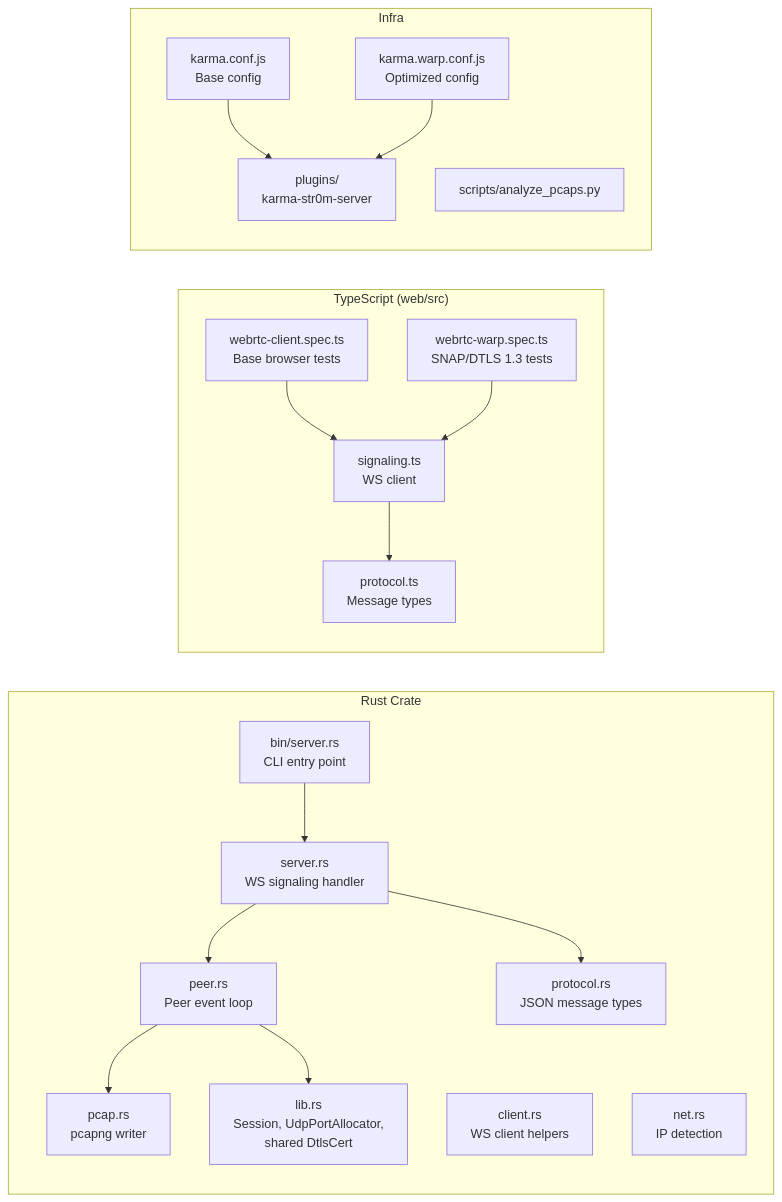
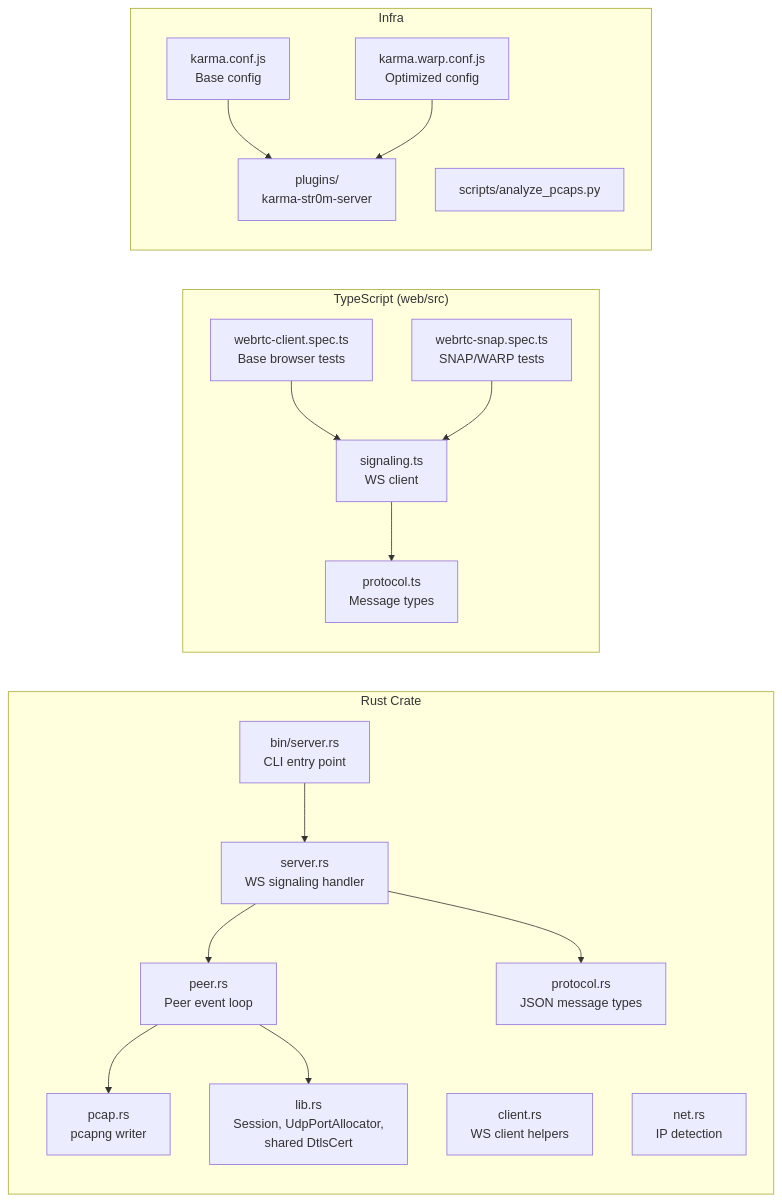
The second of 10 diagrams in README.md (xnorpx/str0m_browser_integration_tests), drawn with Mermaid before and after one commit. The commit also changed other lines of this file and 12 other files, not shown here.

````diff
--- a/README.md
+++ b/README.md
@@ -67,37 +68,37 @@
 ```mermaid
 graph LR
     subgraph "Rust Crate"
         bin_server["bin/server.rs<br/>CLI entry point"]
         server["server.rs<br/>WS signaling handler"]
         client["client.rs<br/>WS client helpers"]
         peer["peer.rs<br/>Peer event loop"]
         protocol["protocol.rs<br/>JSON message types"]
         pcap["pcap.rs<br/>pcapng writer"]
         net["net.rs<br/>IP detection"]
         lib["lib.rs<br/>Session, UdpPortAllocator,<br/>shared DtlsCert"]
     end
 
     subgraph "TypeScript (web/src)"
         spec_base["webrtc-client.spec.ts<br/>Base browser tests"]
-        spec_warp["webrtc-warp.spec.ts<br/>SNAP/DTLS 1.3 tests"]
+        spec_warp["webrtc-snap.spec.ts<br/>SNAP/WARP tests"]
         ts_proto["protocol.ts<br/>Message types"]
         ts_signal["signaling.ts<br/>WS client"]
     end
 
     subgraph "Infra"
         karma_base["karma.conf.js<br/>Base config"]
         karma_warp["karma.warp.conf.js<br/>Optimized config"]
         plugin["plugins/<br/>karma-str0m-server"]
         analyze["scripts/analyze_pcaps.py"]
     end
 
     bin_server --> server
     server --> peer
     server --> protocol
     peer --> pcap
     peer --> lib
     spec_base --> ts_signal --> ts_proto
     spec_warp --> ts_signal
     karma_base --> plugin
     karma_warp --> plugin
 ```
````
